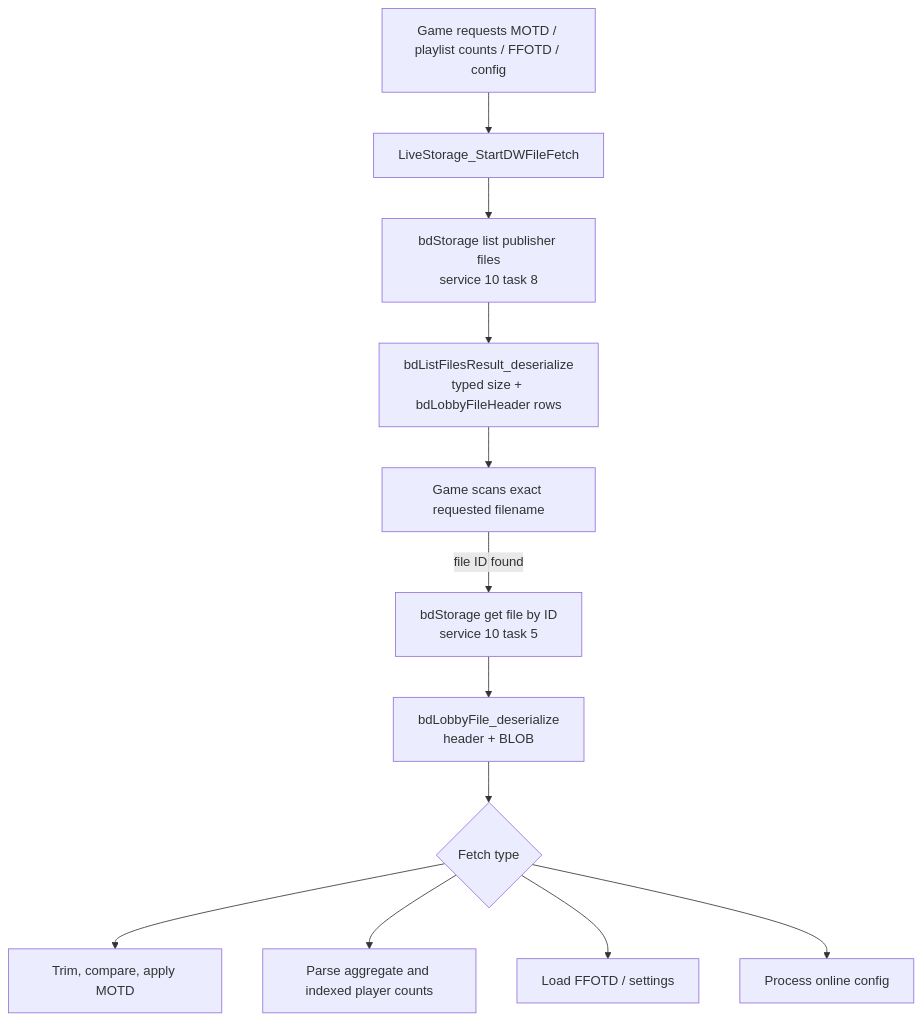
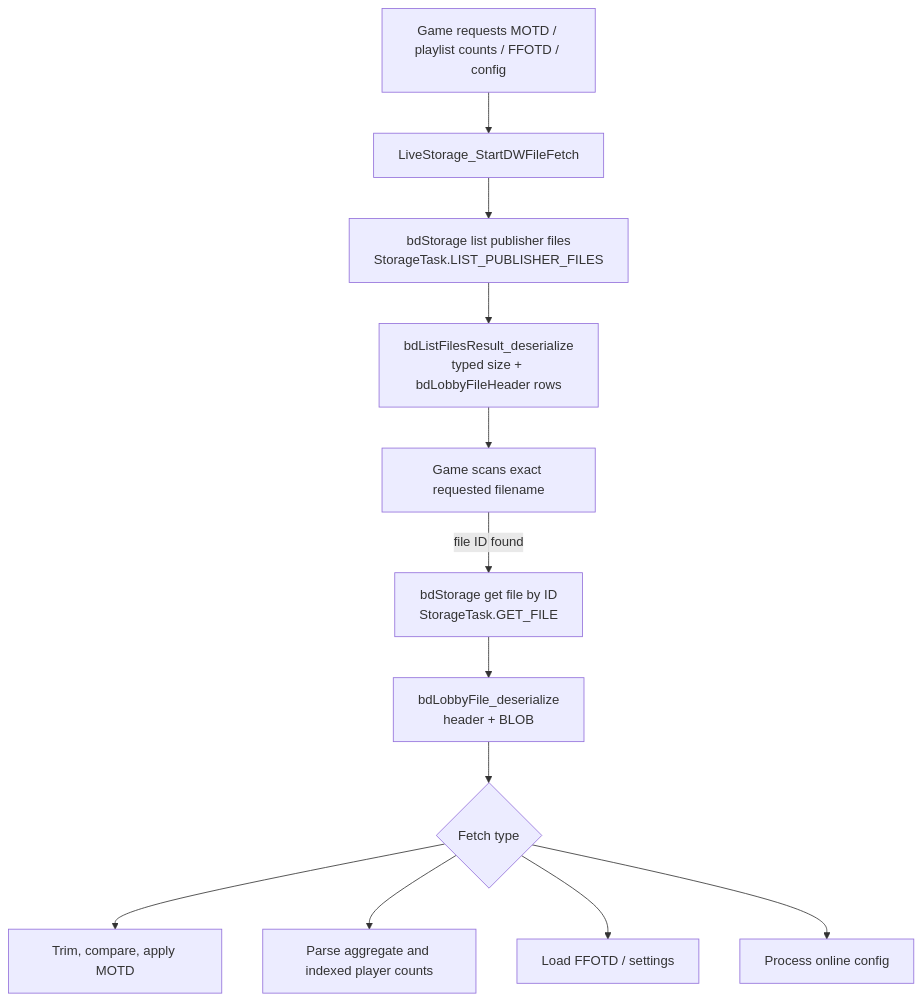
One commit to primetime43/CoD-Research changed the fourth of 9 diagrams in World-at-War-COD5/DemonWare/Flow-Charts.md. Above: the diagram before and after it, drawn with Mermaid. The commit also changed other lines of this file and 3 other files, not shown here.

First line of the commit message:
Replace numeric service/task IDs with symbolic names

````diff
--- a/World-at-War-COD5/DemonWare/Flow-Charts.md
+++ b/World-at-War-COD5/DemonWare/Flow-Charts.md
@@ -88,22 +90,22 @@
 ```mermaid
 flowchart TD
     REQ[Game requests MOTD / playlist counts / FFOTD / config]
     START[LiveStorage_StartDWFileFetch]
-    LIST[bdStorage list publisher files<br/>service 10 task 8]
+    LIST[bdStorage list publisher files<br/>StorageTask.LIST_PUBLISHER_FILES]
     LISTRES[bdListFilesResult_deserialize<br/>typed size + bdLobbyFileHeader rows]
     SCAN[Game scans exact requested filename]
-    GET[bdStorage get file by ID<br/>service 10 task 5]
+    GET[bdStorage get file by ID<br/>StorageTask.GET_FILE]
     FILE[bdLobbyFile_deserialize<br/>header + BLOB]
     APPLY{Fetch type}
     MOTD[Trim, compare, apply MOTD]
     COUNTS[Parse aggregate and indexed player counts]
     FF[Load FFOTD / settings]
     CFG[Process online config]
 
     REQ --> START --> LIST --> LISTRES --> SCAN
     SCAN -->|file ID found| GET --> FILE --> APPLY
     APPLY --> MOTD
     APPLY --> COUNTS
     APPLY --> FF
     APPLY --> CFG
 ```
````
